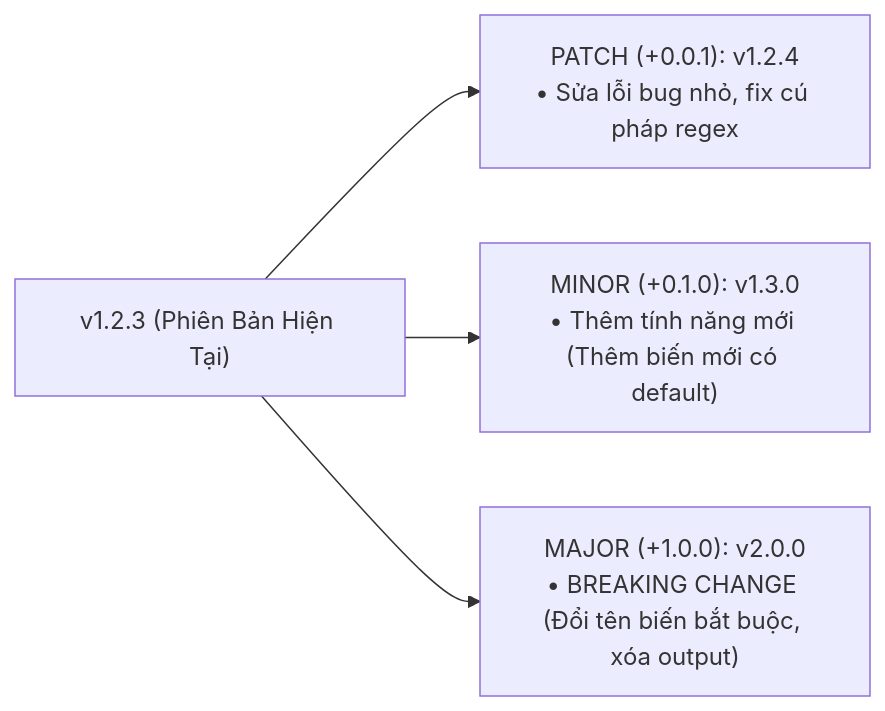
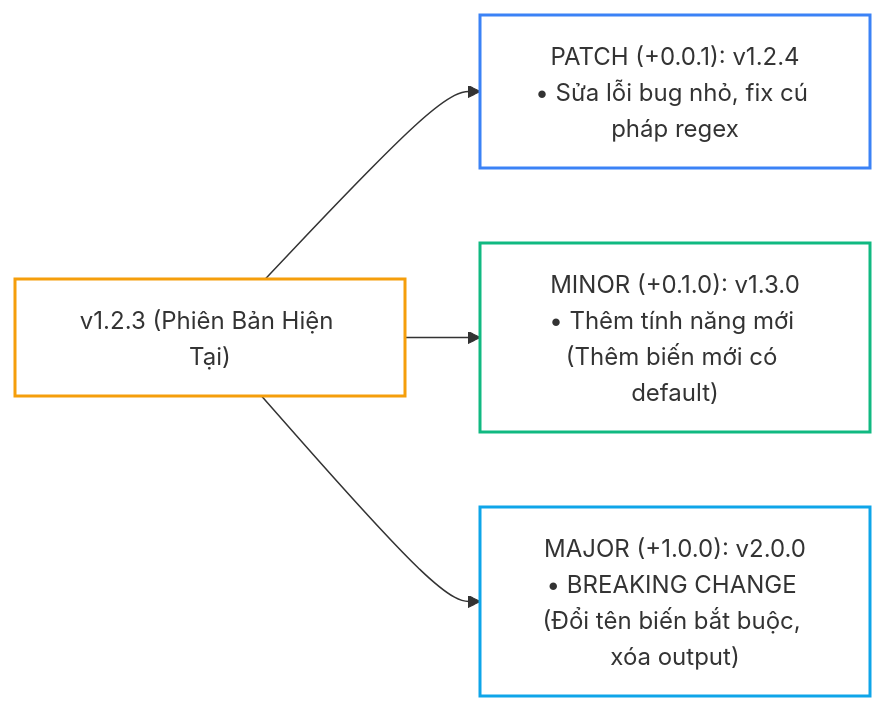
The second of 2 diagrams in _posts/2026-09-13-terraform-10-10-thiet-ke-module-chuan-enterprise-dong-goi-tai-su-dung-va-bien-so-hoa.md (kiennt308/ntk), drawn with Mermaid before and after one commit. The commit also changed other lines of this file and 26 other files, not shown here.

Commit message:
style(terraform): standardize presentation, complete titles & summaries, tailor tldr, and optimize lab tables & mermaid across Bài 05 to Bài 31

````diff
--- a/_posts/2026-09-13-terraform-10-10-thiet-ke-module-chuan-enterprise-dong-goi-tai-su-dung-va-bien-so-hoa.md
+++ b/_posts/2026-09-13-terraform-10-10-thiet-ke-module-chuan-enterprise-dong-goi-tai-su-dung-va-bien-so-hoa.md
@@ -229,8 +233,11 @@
 ```mermaid
 flowchart LR
     V["v1.2.3 (Phiên Bản Hiện Tại)"] --> P["PATCH (+0.0.1): v1.2.4<br/>• Sửa lỗi bug nhỏ, fix cú pháp regex"]
     V --> M["MINOR (+0.1.0): v1.3.0<br/>• Thêm tính năng mới (Thêm biến mới có default)"]
     V --> MAJ["MAJOR (+1.0.0): v2.0.0<br/>• BREAKING CHANGE (Đổi tên biến bắt buộc, xóa output)"]
 
-
+    style P fill:none,stroke:#3b82f6,stroke-width:2px
+    style MAJ fill:none,stroke:#0ea5e9,stroke-width:2px
+    style M fill:none,stroke:#10b981,stroke-width:2px
+    style V fill:none,stroke:#f59e0b,stroke-width:2px
 ```
````
